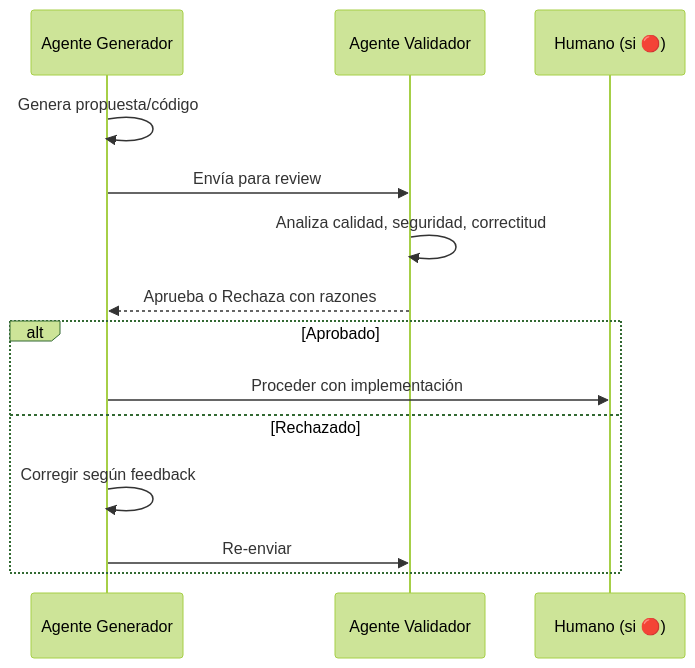
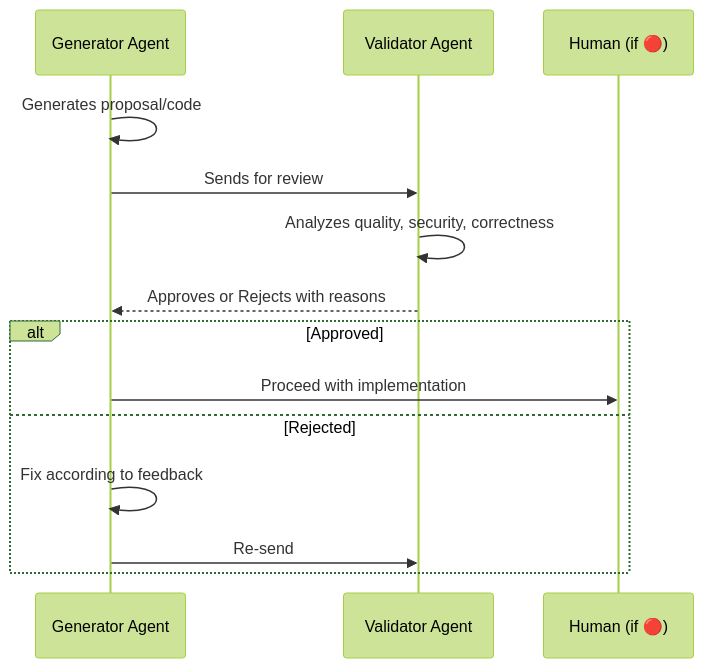
One commit to MaciWP/claude-code-poneglyph changed the second of 4 diagrams in .claude/commands/planner.md. Above: the diagram before and after it, drawn with Mermaid (forest theme). The commit also changed other lines of this file and 9 other files, not shown here.

````diff
--- a/.claude/commands/planner.md
+++ b/.claude/commands/planner.md
@@ -458,17 +458,17 @@
 ```mermaid
 sequenceDiagram
-    participant A as Agente Generador
-    participant B as Agente Validador
-    participant H as Humano (si 🔴)
+    participant A as Generator Agent
+    participant B as Validator Agent
+    participant H as Human (if 🔴)
 
-    A->>A: Genera propuesta/código
-    A->>B: Envía para review
-    B->>B: Analiza calidad, seguridad, correctitud
-    B-->>A: Aprueba o Rechaza con razones
-    alt Aprobado
-        A->>H: Proceder con implementación
-    else Rechazado
-        A->>A: Corregir según feedback
-        A->>B: Re-enviar
+    A->>A: Generates proposal/code
+    A->>B: Sends for review
+    B->>B: Analyzes quality, security, correctness
+    B-->>A: Approves or Rejects with reasons
+    alt Approved
+        A->>H: Proceed with implementation
+    else Rejected
+        A->>A: Fix according to feedback
+        A->>B: Re-send
     end
 ```
````
